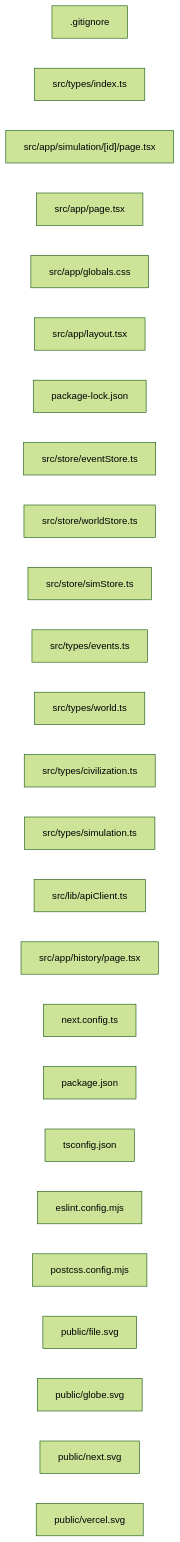
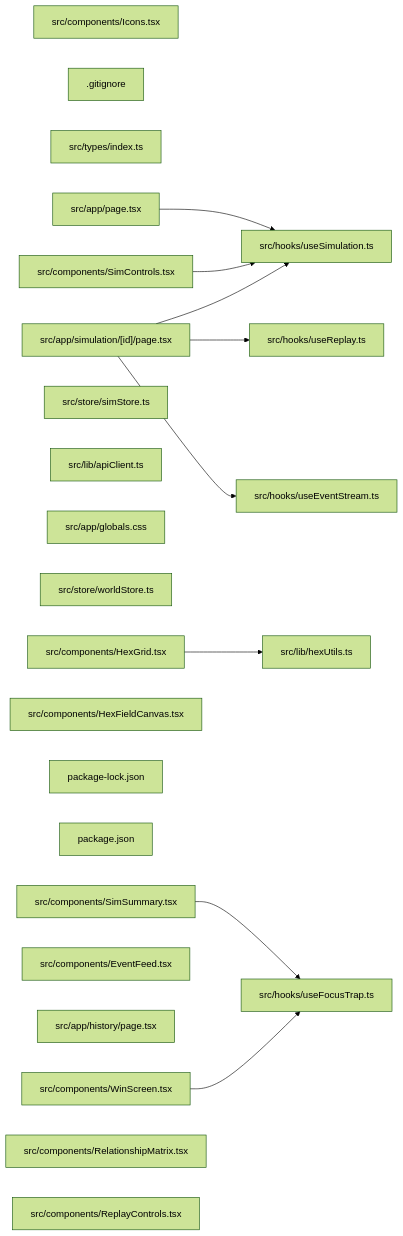
One commit to madhavv-xd/civilex changed the diagram in frontend/CONTEXT.md. Above: the diagram before and after it, drawn with Mermaid (forest theme). The commit also changed other lines of this file and 17 other files, not shown here.

````diff
--- a/frontend/CONTEXT.md
+++ b/frontend/CONTEXT.md
@@ -93,28 +235,36 @@
 ```mermaid
 graph LR
-    f0[".gitignore"]
-    f1["src/types/index.ts"]
-    f2["src/app/simulation/[id]/page.tsx"]
-    f3["src/app/page.tsx"]
-    f4["src/app/globals.css"]
-    f5["src/app/layout.tsx"]
-    f6["package-lock.json"]
-    f7["src/store/eventStore.ts"]
-    f8["src/store/worldStore.ts"]
-    f9["src/store/simStore.ts"]
-    f10["src/types/events.ts"]
-    f11["src/types/world.ts"]
-    f12["src/types/civilization.ts"]
-    f13["src/types/simulation.ts"]
-    f14["src/lib/apiClient.ts"]
-    f15["src/app/history/page.tsx"]
-    f16["next.config.ts"]
-    f17["package.json"]
-    f18["tsconfig.json"]
-    f19["eslint.config.mjs"]
-    f20["postcss.config.mjs"]
-    f21["public/file.svg"]
-    f22["public/globe.svg"]
-    f23["public/next.svg"]
-    f24["public/vercel.svg"]
+    f0["src/hooks/useSimulation.ts"]
+    f1["src/hooks/useFocusTrap.ts"]
+    f2["src/hooks/useEventStream.ts"]
+    f3["src/lib/hexUtils.ts"]
+    f4["src/hooks/useReplay.ts"]
+    f5["src/components/Icons.tsx"]
+    f6[".gitignore"]
+    f7["src/types/index.ts"]
+    f8["src/app/page.tsx"]
+    f9["src/app/simulation/[id]/page.tsx"]
+    f10["src/components/SimControls.tsx"]
+    f11["src/store/simStore.ts"]
+    f12["src/lib/apiClient.ts"]
+    f13["src/app/globals.css"]
+    f14["src/store/worldStore.ts"]
+    f15["src/components/HexGrid.tsx"]
+    f16["src/components/HexFieldCanvas.tsx"]
+    f17["package-lock.json"]
+    f18["package.json"]
+    f19["src/components/SimSummary.tsx"]
+    f20["src/components/EventFeed.tsx"]
+    f21["src/app/history/page.tsx"]
+    f22["src/components/WinScreen.tsx"]
+    f23["src/components/RelationshipMatrix.tsx"]
+    f24["src/components/ReplayControls.tsx"]
+    f8 --> f0
+    f9 --> f0
+    f9 --> f4
+    f9 --> f2
+    f10 --> f0
+    f15 --> f3
+    f19 --> f1
+    f22 --> f1
 ```
````
